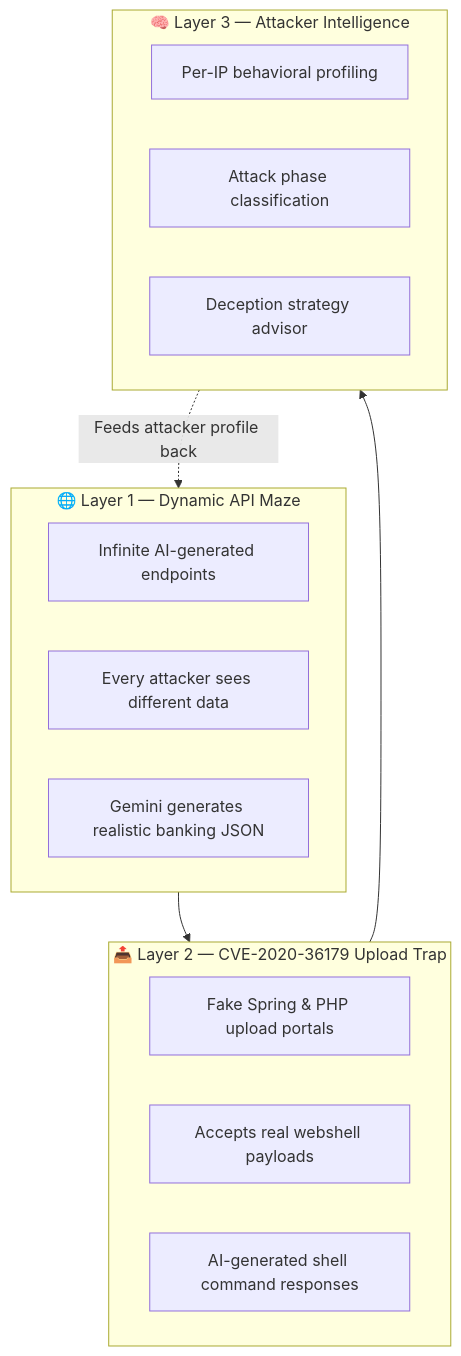
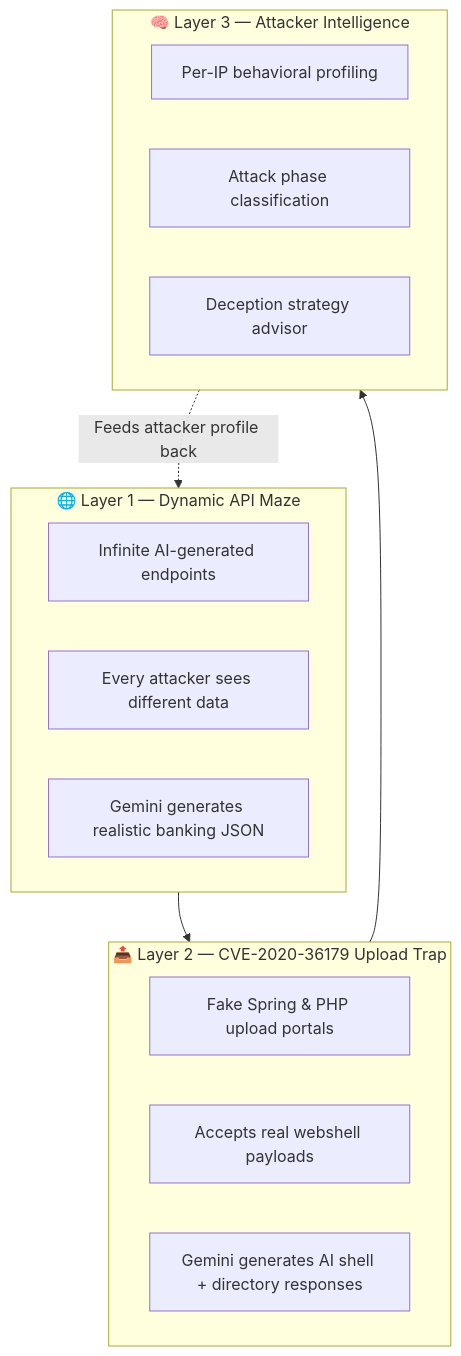
Before and after one commit to Mark-Meka/Maze-Myth-Dynamic-Honeypot: the first of 7 diagrams in README.md, drawn with Mermaid. The commit also changed other lines of this file and 2 other files, not shown here.

````diff
--- a/README.md
+++ b/README.md
@@ -24,24 +25,24 @@
 ```mermaid
 graph TB
     subgraph L1["🌐 Layer 1 — Dynamic API Maze"]
         A1["Infinite AI-generated endpoints"]
         A2["Every attacker sees different data"]
         A3["Gemini generates realistic banking JSON"]
     end
 
     subgraph L2["📤 Layer 2 — CVE-2020-36179 Upload Trap"]
         B1["Fake Spring & PHP upload portals"]
         B2["Accepts real webshell payloads"]
-        B3["AI-generated shell command responses"]
+        B3["Gemini generates AI shell + directory responses"]
     end
 
     subgraph L3["🧠 Layer 3 — Attacker Intelligence"]
         C1["Per-IP behavioral profiling"]
         C2["Attack phase classification"]
         C3["Deception strategy advisor"]
     end
 
     L1 --> L2
     L2 --> L3
     L3 -.->|"Feeds attacker profile back"| L1
 ```
````
